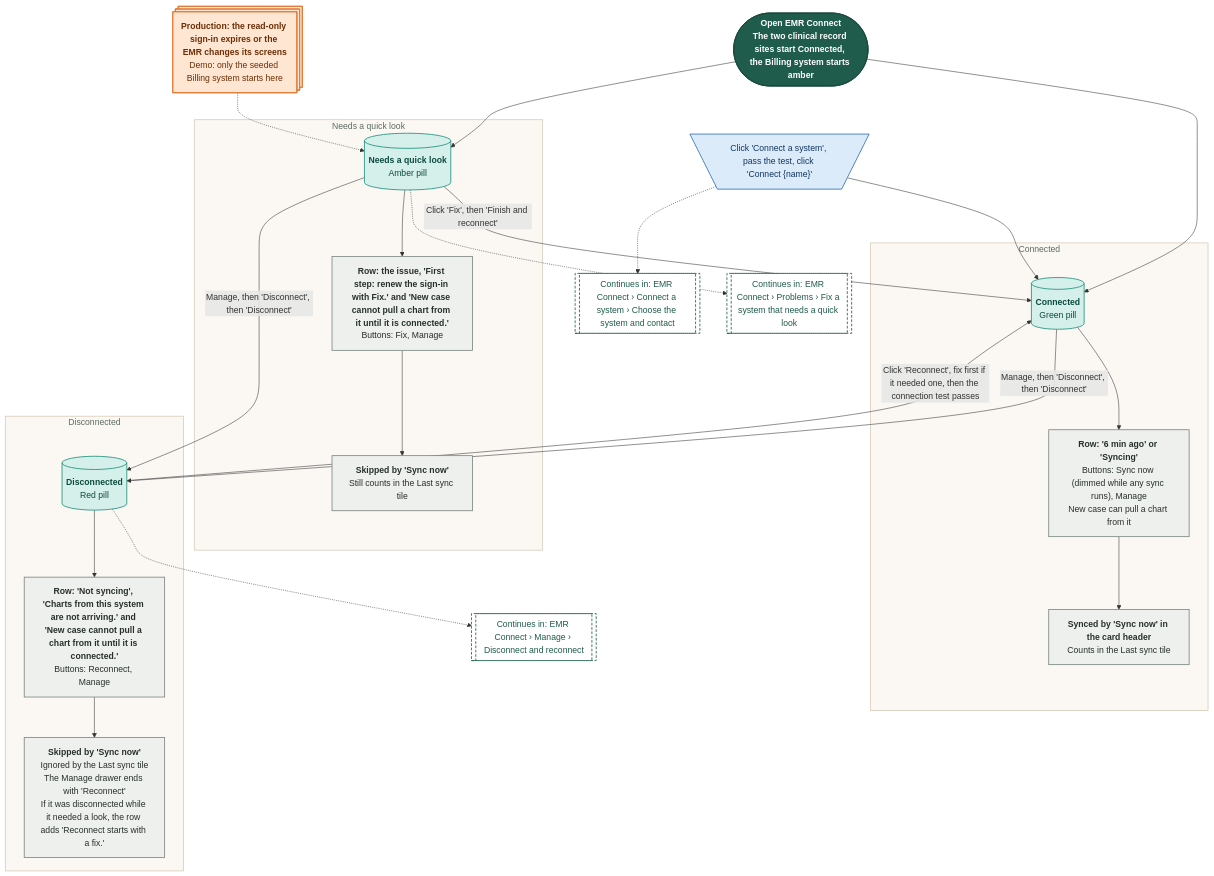
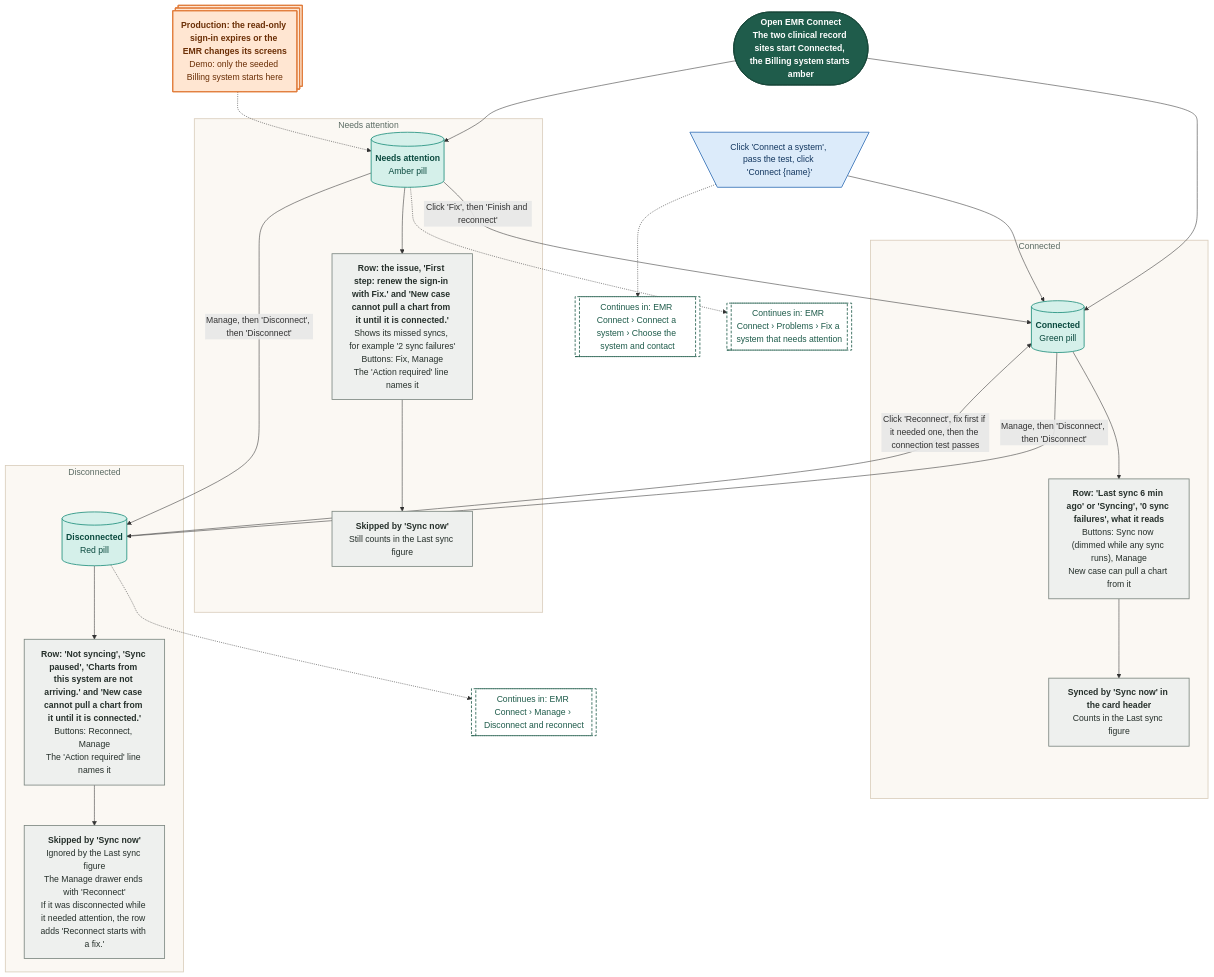
Before and after one commit to Shrav143/psyfloapp: the third of 20 diagrams in demos/prior-auth-demo/workflows/out/md/09-emr-connect.md, drawn with Mermaid. The commit also changed other lines of this file and 192 other files, not shown here.

First line of the commit message:
docs: changelog by sidebar tab; README, diagrams and Settings layout aligned with the refinement; shared InfoTip; referral cost-share line

````diff
--- a/demos/prior-auth-demo/workflows/out/md/09-emr-connect.md
+++ b/demos/prior-auth-demo/workflows/out/md/09-emr-connect.md
@@ -207,63 +196,63 @@
 ```mermaid
 %%{init: {"theme":"base","themeVariables":{"fontFamily":"'DM Sans', 'Segoe UI', system-ui, sans-serif","fontSize":"15px","lineColor":"#5B6B63","primaryTextColor":"#1C2B25","clusterBkg":"#FBF8F3","clusterBorder":"#D9CDBB","edgeLabelBackground":"#FFFFFF"},"flowchart":{"curve":"basis","nodeSpacing":36,"rankSpacing":48,"padding":12,"htmlLabels":true,"useMaxWidth":false,"wrappingWidth":230}} }%%
 flowchart TD
   classDef k_start fill:#1F5C4B,stroke:#174638,color:#FFFFFF,stroke-width:1.5px,font-weight:600
   classDef k_end fill:#DDEFE3,stroke:#2E7D4F,color:#14502F,stroke-width:1.5px,font-weight:600
   classDef k_endx fill:#FBE3E0,stroke:#C0392B,color:#7A1F16,stroke-width:1.5px,font-weight:600
   classDef k_screen fill:#FFFDF8,stroke:#1F5C4B,color:#1C2B25,stroke-width:2px
   classDef k_overlay fill:#F1F7F3,stroke:#1F5C4B,color:#1C2B25,stroke-width:2px,stroke-dasharray:5 3
   classDef k_click fill:#DCEBFA,stroke:#2F6DB5,color:#12365F,stroke-width:1.5px
   classDef k_input fill:#E4E7FF,stroke:#4C5FD5,color:#1D2670,stroke-width:1.5px
   classDef k_process fill:#EEF0EE,stroke:#7A857F,color:#26302B,stroke-width:1.5px
   classDef k_agent fill:#EEE5FA,stroke:#7A4FC2,color:#341A63,stroke-width:1.5px
   classDef k_decision fill:#FFF0CC,stroke:#D9962B,color:#5C3B00,stroke-width:1.5px
   classDef k_store fill:#D5F0EA,stroke:#1C8E7B,color:#0B4A3F,stroke-width:1.5px
   classDef k_doc fill:#F6E9DC,stroke:#B07A4C,color:#4A2E14,stroke-width:1.5px
   classDef k_ext fill:#FFE6D2,stroke:#E07B39,color:#6B2F06,stroke-width:1.5px
   classDef k_wait fill:#E4E8EE,stroke:#6B7C93,color:#26303D,stroke-width:1.5px
   classDef k_toast fill:#FFF9DB,stroke:#C9A400,color:#5A4A00,stroke-width:1.5px
   classDef k_goto fill:#FFFFFF,stroke:#1F5C4B,color:#1F5C4B,stroke-width:1.5px,stroke-dasharray:5 3
   s0@{ shape: stadium, label: "<b>Open EMR Connect</b><br/>The two clinical record sites start Connected, the Billing system starts amber" }
   n1@{ shape: trap-t, label: "Click 'Connect a system', pass the test, click 'Connect {name}'" }
   n2@{ shape: st-rect, label: "<b>Production: the read-only sign-in expires or the EMR changes its screens</b><br/>Demo: only the seeded Billing system starts here" }
   subgraph gC ["Connected"]
   sc@{ shape: cyl, label: "<b>Connected</b><br/>Green pill" }
-  c1@{ shape: rect, label: "<b>Row: '6 min ago' or 'Syncing'</b><br/>Buttons: Sync now (dimmed while any sync runs), Manage<br/>New case can pull a chart from it" }
-  c2@{ shape: rect, label: "<b>Synced by 'Sync now' in the card header</b><br/>Counts in the Last sync tile" }
+  c1@{ shape: rect, label: "<b>Row: 'Last sync 6 min ago' or 'Syncing', '0 sync failures', what it reads</b><br/>Buttons: Sync now (dimmed while any sync runs), Manage<br/>New case can pull a chart from it" }
+  c2@{ shape: rect, label: "<b>Synced by 'Sync now' in the card header</b><br/>Counts in the Last sync figure" }
   end
-  subgraph gA ["Needs a quick look"]
-  sa@{ shape: cyl, label: "<b>Needs a quick look</b><br/>Amber pill" }
-  a1@{ shape: rect, label: "<b>Row: the issue, 'First step: renew the sign-in with Fix.' and 'New case cannot pull a chart from it until it is connected.'</b><br/>Buttons: Fix, Manage" }
-  a2@{ shape: rect, label: "<b>Skipped by 'Sync now'</b><br/>Still counts in the Last sync tile" }
+  subgraph gA ["Needs attention"]
+  sa@{ shape: cyl, label: "<b>Needs attention</b><br/>Amber pill" }
+  a1@{ shape: rect, label: "<b>Row: the issue, 'First step: renew the sign-in with Fix.' and 'New case cannot pull a chart from it until it is connected.'</b><br/>Shows its missed syncs, for example '2 sync failures'<br/>Buttons: Fix, Manage<br/>The 'Action required' line names it" }
+  a2@{ shape: rect, label: "<b>Skipped by 'Sync now'</b><br/>Still counts in the Last sync figure" }
   end
   subgraph gD ["Disconnected"]
   sd@{ shape: cyl, label: "<b>Disconnected</b><br/>Red pill" }
-  d1@{ shape: rect, label: "<b>Row: 'Not syncing', 'Charts from this system are not arriving.' and 'New case cannot pull a chart from it until it is connected.'</b><br/>Buttons: Reconnect, Manage" }
-  d2@{ shape: rect, label: "<b>Skipped by 'Sync now'</b><br/>Ignored by the Last sync tile<br/>The Manage drawer ends with 'Reconnect'<br/>If it was disconnected while it needed a look, the row adds 'Reconnect starts with a fix.'" }
+  d1@{ shape: rect, label: "<b>Row: 'Not syncing', 'Sync paused', 'Charts from this system are not arriving.' and 'New case cannot pull a chart from it until it is connected.'</b><br/>Buttons: Reconnect, Manage<br/>The 'Action required' line names it" }
+  d2@{ shape: rect, label: "<b>Skipped by 'Sync now'</b><br/>Ignored by the Last sync figure<br/>The Manage drawer ends with 'Reconnect'<br/>If it was disconnected while it needed attention, the row adds 'Reconnect starts with a fix.'" }
   end
   g1@{ shape: subproc, label: "Continues in: EMR Connect › Connect a system › Choose the system and contact" }
-  g2@{ shape: subproc, label: "Continues in: EMR Connect › Problems › Fix a system that needs a quick look" }
+  g2@{ shape: subproc, label: "Continues in: EMR Connect › Problems › Fix a system that needs attention" }
   g3@{ shape: subproc, label: "Continues in: EMR Connect › Manage › Disconnect and reconnect" }
   s0 --> sc & sa
   n1 --> sc
   n1 -.-> g1
   n2 -.-> sa
   sc --> c1 --> c2
   sa --> a1 --> a2
   sd --> d1 --> d2
   sa -->|"Click 'Fix', then 'Finish and reconnect'"| sc
   sa -.-> g2
   sc -->|"Manage, then 'Disconnect', then 'Disconnect'"| sd
   sa -->|"Manage, then 'Disconnect', then 'Disconnect'"| sd
   sd -->|"Click 'Reconnect', fix first if it needed one, then the connection test passes"| sc
   sd -.-> g3
   class s0 k_start
   class n1 k_click
   class n2 k_ext
   class sc,sa,sd k_store
   class c1,c2,a1,a2,d1,d2 k_process
   class g1,g2,g3 k_goto
   style gC fill:#FBF8F3,stroke:#D9CDBB,stroke-width:1.5px,color:#5B6B63
   style gA fill:#FBF8F3,stroke:#D9CDBB,stroke-width:1.5px,color:#5B6B63
   style gD fill:#FBF8F3,stroke:#D9CDBB,stroke-width:1.5px,color:#5B6B63
 ```
````
